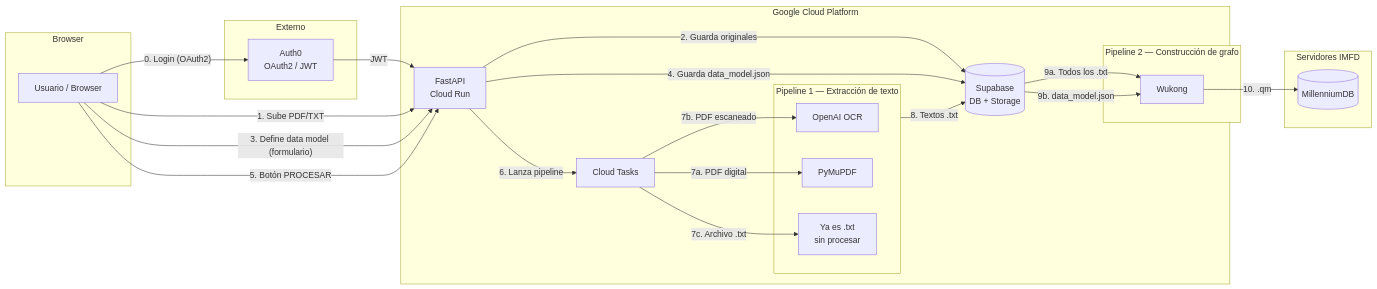
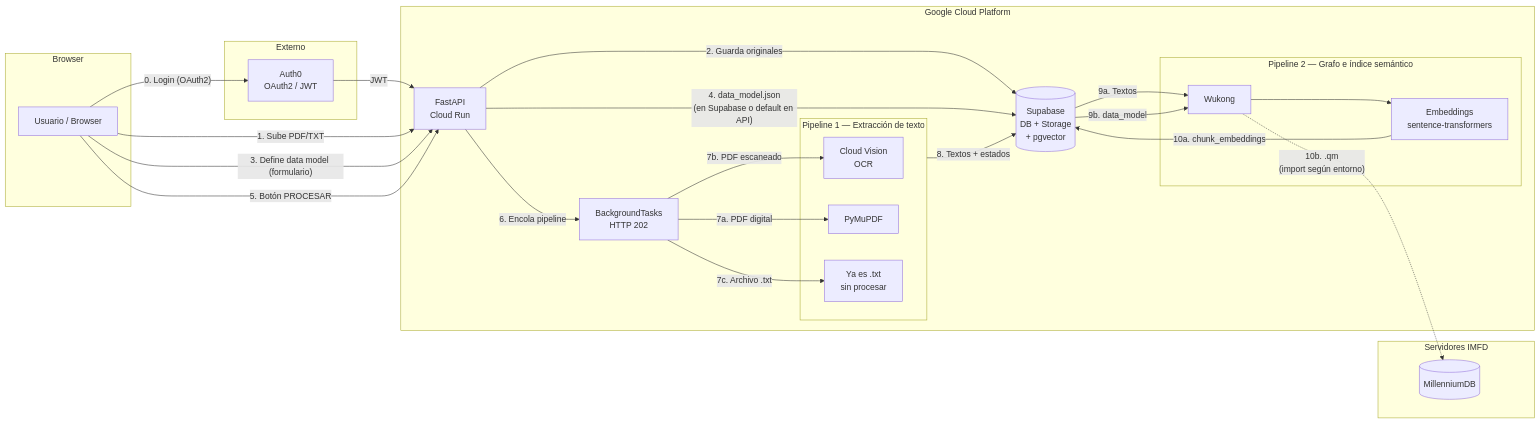
Before and after one commit to renaa-m/TallerDeIntegracion_G10: the first of 2 diagrams in README.md, drawn with Mermaid. The commit also changed other lines of this file, not shown here.

````diff
--- a/README.md
+++ b/README.md
@@ -178,46 +182,49 @@
 ```mermaid
 graph LR
     subgraph Browser
         U[Usuario / Browser]
     end
 
     subgraph Auth0_ext ["Externo"]
         AUTH0[Auth0\nOAuth2 / JWT]
     end
 
     subgraph GCP ["Google Cloud Platform"]
         API[FastAPI\nCloud Run]
-        SUPA[(Supabase\nDB + Storage)]
-        CT[Cloud Tasks]
+        SUPA[(Supabase\nDB + Storage\n+ pgvector)]
+        BT[BackgroundTasks\nHTTP 202]
 
         subgraph Pipeline_1 ["Pipeline 1 — Extracción de texto"]
-            OCR[OpenAI OCR]
+            VISION[Cloud Vision\nOCR]
             PYMUPDF[PyMuPDF]
             TXT_PASS[Ya es .txt\nsin procesar]
         end
 
-        subgraph Pipeline_2 ["Pipeline 2 — Construcción de grafo"]
+        subgraph Pipeline_2 ["Pipeline 2 — Grafo e índice semántico"]
             WK[Wukong]
+            EMB[Embeddings\nsentence-transformers]
         end
     end
 
     subgraph IMFD_servers ["Servidores IMFD"]
         MDB[(MillenniumDB)]
     end
 
     U -->|"0. Login (OAuth2)"| AUTH0
     AUTH0 -->|"JWT"| API
     U -->|"1. Sube PDF/TXT"| API
     API -->|"2. Guarda originales"| SUPA
     U -->|"3. Define data model (formulario)"| API
-    API -->|"4. Guarda data_model.json"| SUPA
+    API -->|"4. data_model.json\n(en Supabase o default en API)"| SUPA
     U -->|"5. Botón PROCESAR"| API
-    API -->|"6. Lanza pipeline"| CT
-    CT -->|"7a. PDF digital"| PYMUPDF
-    CT -->|"7b. PDF escaneado"| OCR
-    CT -->|"7c. Archivo .txt"| TXT_PASS
-    Pipeline_1 -->|"8. Textos .txt"| SUPA
-    SUPA -->|"9a. Todos los .txt"| WK
-    SUPA -->|"9b. data_model.json"| WK
-    WK -->|"10. .qm"| MDB
+    API -->|"6. Encola pipeline"| BT
+    BT -->|"7a. PDF digital"| PYMUPDF
+    BT -->|"7b. PDF escaneado"| VISION
+    BT -->|"7c. Archivo .txt"| TXT_PASS
+    Pipeline_1 -->|"8. Textos + estados"| SUPA
+    SUPA -->|"9a. Textos"| WK
+    SUPA -->|"9b. data_model"| WK
+    WK --> EMB
+    EMB -->|"10a. chunk_embeddings"| SUPA
+    WK -.->|"10b. .qm\n(import según entorno)"| MDB
 ```
````
